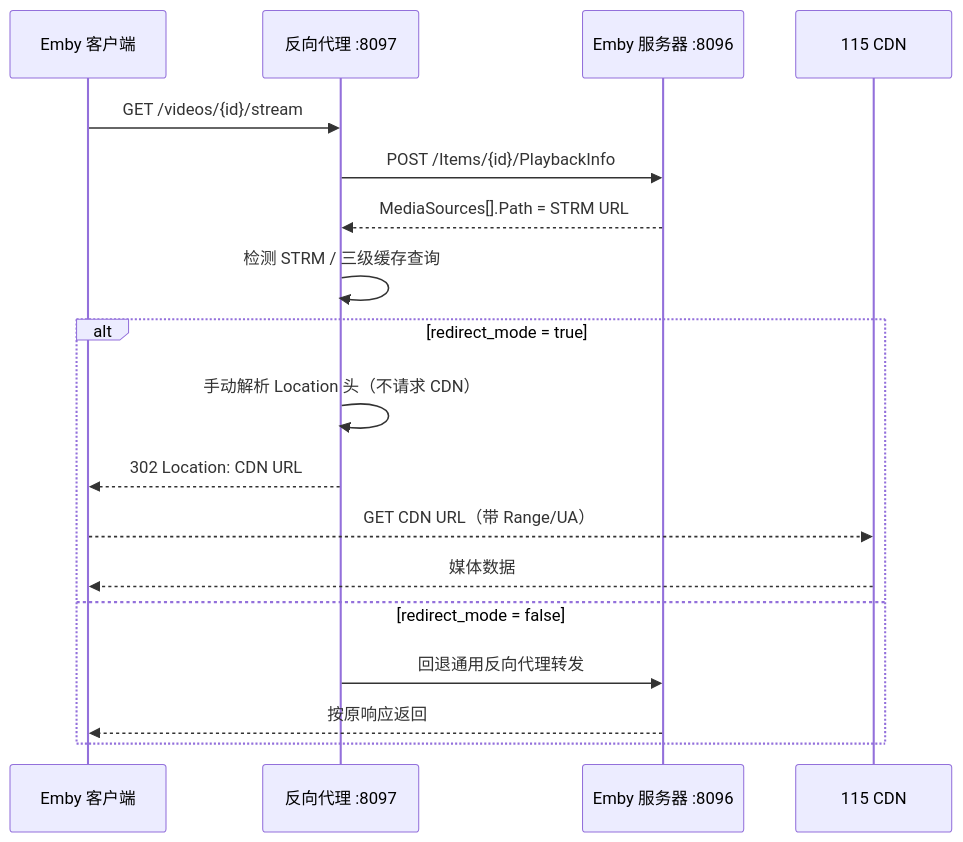
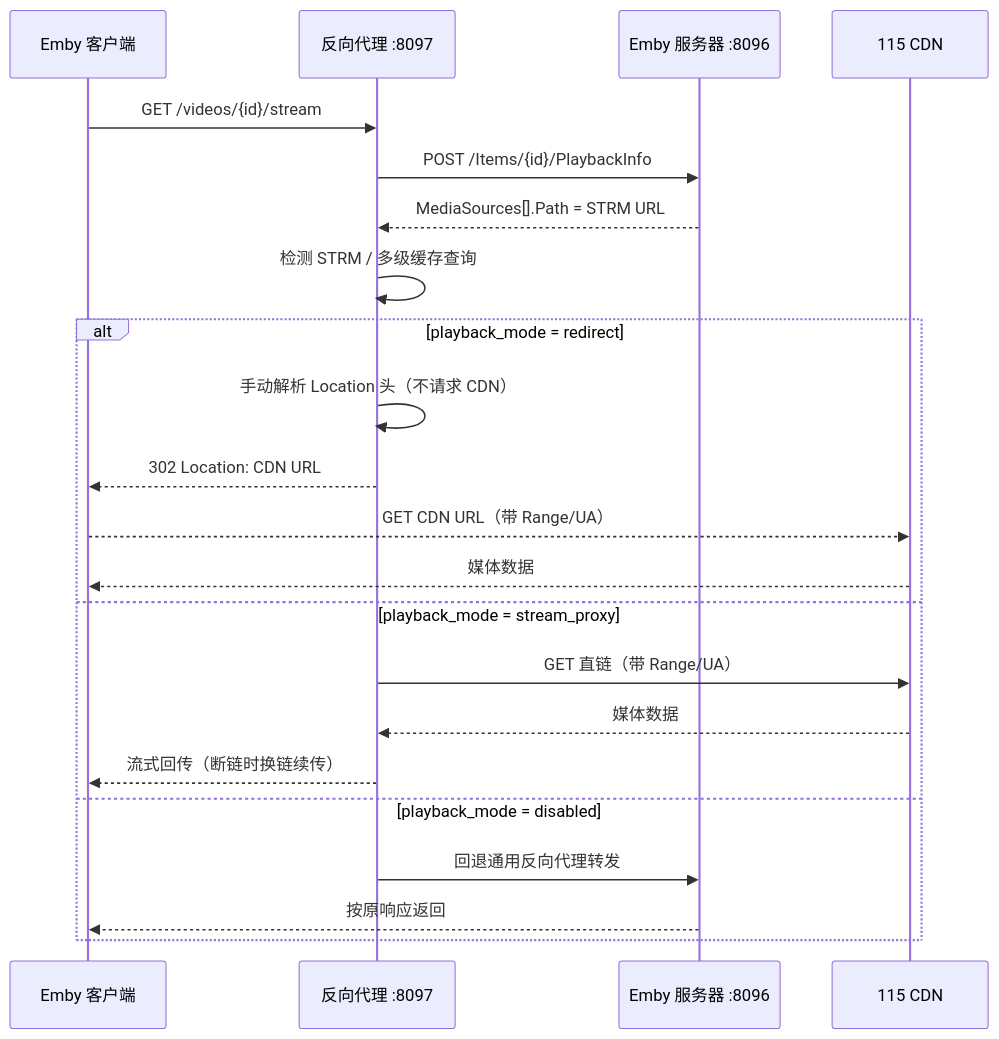
Before and after one commit to cdlongbow/115StrmTool: the second of 3 diagrams in .monkeycode/docs/ARCHITECTURE.md, drawn with Mermaid. The commit also changed other lines of this file and 12 other files, not shown here.

````diff
--- a/.monkeycode/docs/ARCHITECTURE.md
+++ b/.monkeycode/docs/ARCHITECTURE.md
@@ -168,21 +169,25 @@
 ```mermaid
 sequenceDiagram
     participant Client as Emby 客户端
     participant Proxy as 反向代理 :8097
     participant EmbySrv as Emby 服务器 :8096
     participant CDN as 115 CDN
 
     Client->>Proxy: GET /videos/{id}/stream
     Proxy->>EmbySrv: POST /Items/{id}/PlaybackInfo
     EmbySrv-->>Proxy: MediaSources[].Path = STRM URL
-    Proxy->>Proxy: 检测 STRM / 三级缓存查询
-    alt redirect_mode = true
+    Proxy->>Proxy: 检测 STRM / 多级缓存查询
+    alt playback_mode = redirect
         Proxy->>Proxy: 手动解析 Location 头（不请求 CDN）
         Proxy-->>Client: 302 Location: CDN URL
         Client-->>CDN: GET CDN URL（带 Range/UA）
         CDN-->>Client: 媒体数据
-    else redirect_mode = false
+    else playback_mode = stream_proxy
+        Proxy->>CDN: GET 直链（带 Range/UA）
+        CDN-->>Proxy: 媒体数据
+        Proxy-->>Client: 流式回传（断链时换链续传）
+    else playback_mode = disabled
         Proxy->>EmbySrv: 回退通用反向代理转发
         EmbySrv-->>Client: 按原响应返回
     end
 ```
````
